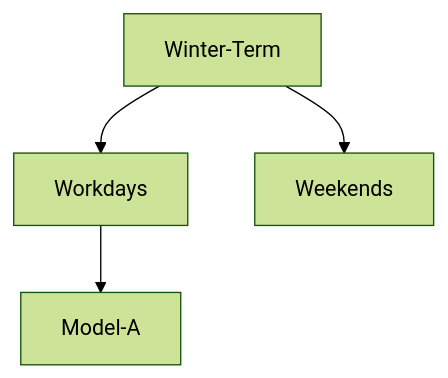
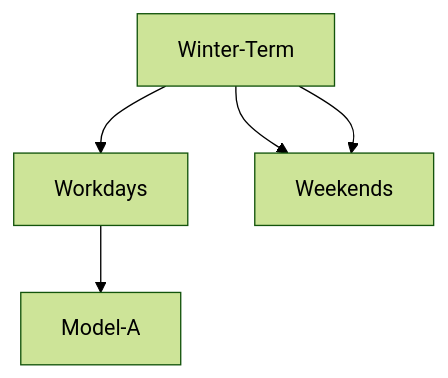
Before and after one commit to hajri94/Predictive-Model-for-Heat-Load-in-Buildings-Connected-to-District-Heating-Network: the diagram in README.md, drawn with Mermaid (forest theme).

````diff
--- a/README.md
+++ b/README.md
@@ -71,6 +71,7 @@
 ```mermaid
 graph TD;
     Winter-Term-->Workdays;
     Winter-Term-->Weekends;    
     Workdays-->Model-A;        
+    Winter-Term-->Weekends
 ```
````
